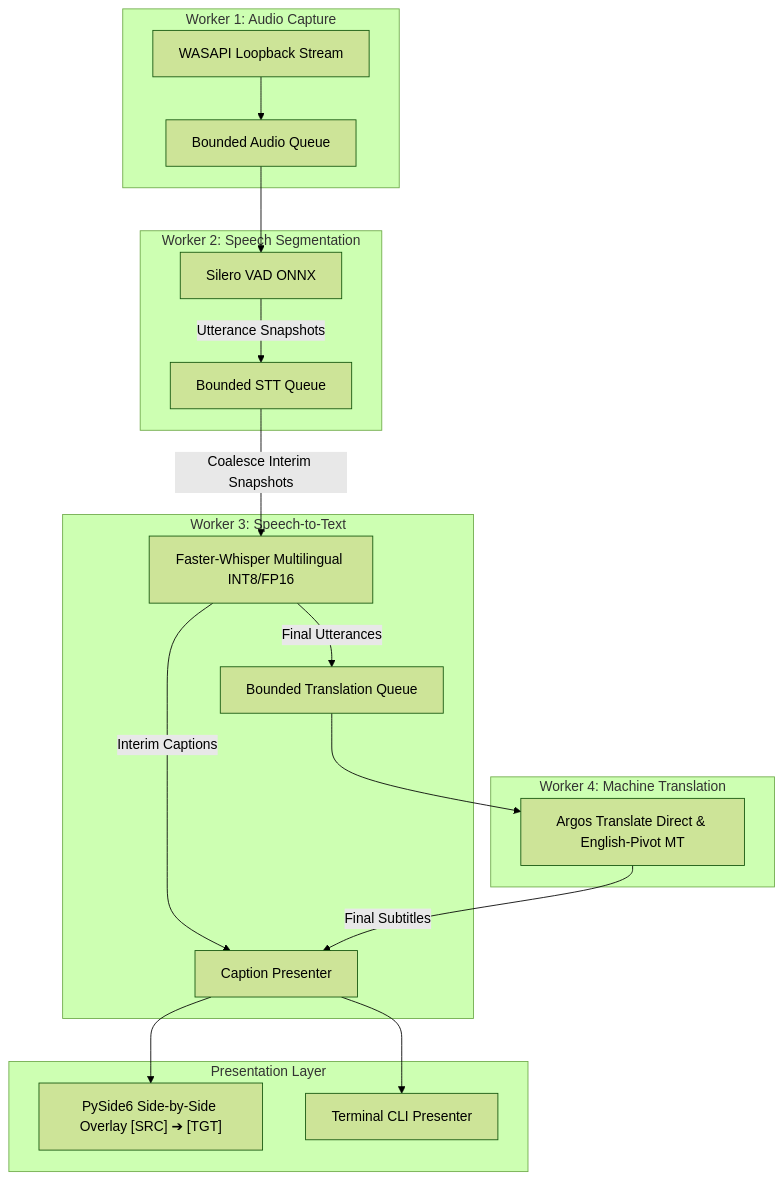
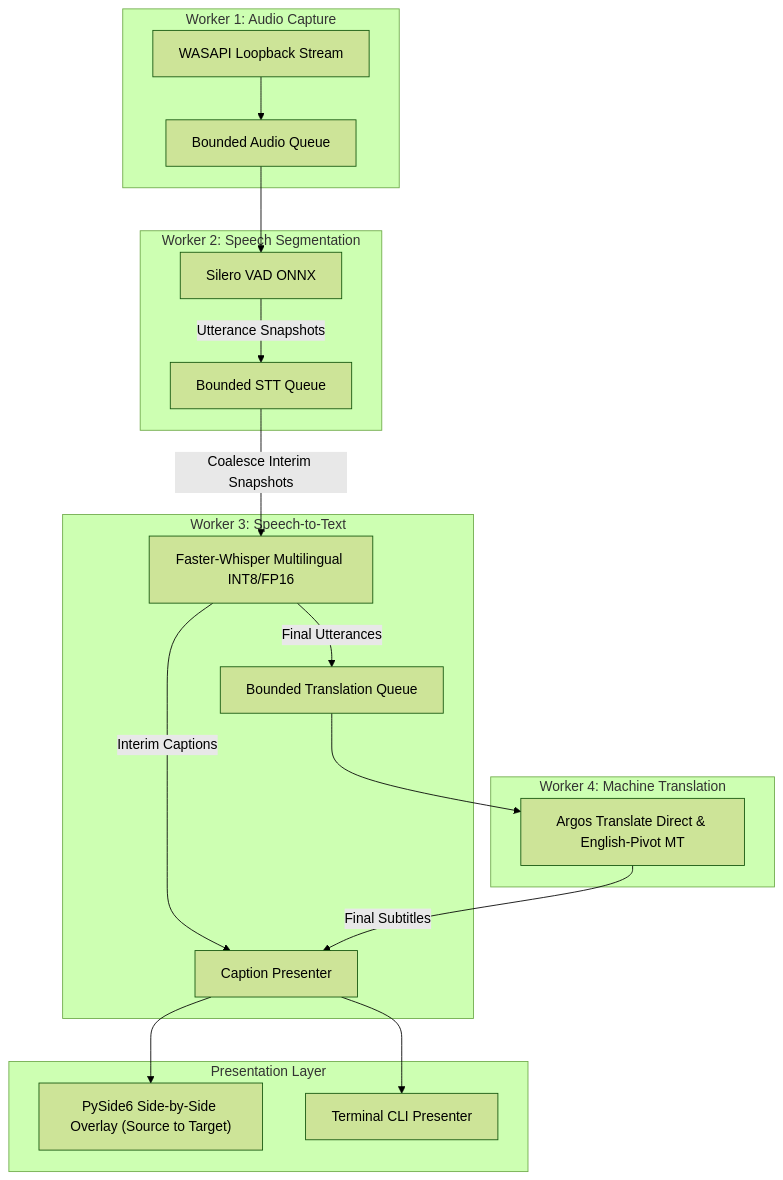
The diagram in ARCHITECTURE.md (p1kalys/captran), drawn with Mermaid (forest theme) before and after one commit. The commit also changed 1 other file, not shown here.

Commit message:
docs: fix Mermaid diagram syntax and markdown formatting in README and ARCHITECTURE

````diff
--- a/ARCHITECTURE.md
+++ b/ARCHITECTURE.md
@@ -44,27 +44,27 @@
 ```mermaid
 flowchart TD
     subgraph Capture["Worker 1: Audio Capture"]
         A[WASAPI Loopback Stream] --> Q1[Bounded Audio Queue]
     end
 
     subgraph VAD["Worker 2: Speech Segmentation"]
         Q1 --> B[Silero VAD ONNX]
         B -->|Utterance Snapshots| Q2[Bounded STT Queue]
     end
 
     subgraph STT["Worker 3: Speech-to-Text"]
         Q2 -->|Coalesce Interim Snapshots| C[Faster-Whisper Multilingual INT8/FP16]
         C -->|Interim Captions| P[Caption Presenter]
         C -->|Final Utterances| Q3[Bounded Translation Queue]
     end
 
     subgraph MT["Worker 4: Machine Translation"]
         Q3 --> D[Argos Translate Direct & English-Pivot MT]
         D -->|Final Subtitles| P
     end
 
     subgraph UI["Presentation Layer"]
-        P --> E1["PySide6 Side-by-Side Overlay [SRC] ➔ [TGT]"]
+        P --> E1["PySide6 Side-by-Side Overlay (Source to Target)"]
         P --> E2["Terminal CLI Presenter"]
     end
 ```
````
